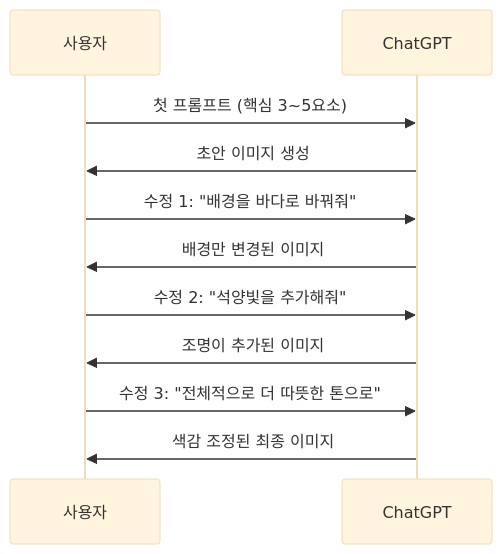
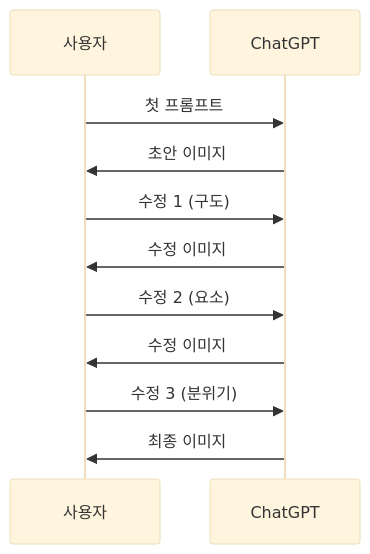
One commit to jsonpassion/forge-tutorial-promptcanvas changed the second of 4 diagrams in 03-ch3-chatgpt-이미지-생성-실전/02-02-대화형-이미지-생성-자연어로-그리기.md. Above: the diagram before and after it, drawn with Mermaid (base theme). The commit also changed other lines of this file and 63 other files, not shown here.

````diff
--- a/03-ch3-chatgpt-이미지-생성-실전/02-02-대화형-이미지-생성-자연어로-그리기.md
+++ b/03-ch3-chatgpt-이미지-생성-실전/02-02-대화형-이미지-생성-자연어로-그리기.md
@@ -80,14 +56,13 @@
 ```mermaid
 sequenceDiagram
     participant U as 사용자
     participant C as ChatGPT
-
-    U->>C: 첫 프롬프트 (핵심 3~5요소)
-    C->>U: 초안 이미지 생성
-    U->>C: 수정 1: "배경을 바다로 바꿔줘"
-    C->>U: 배경만 변경된 이미지
-    U->>C: 수정 2: "석양빛을 추가해줘"
-    C->>U: 조명이 추가된 이미지
-    U->>C: 수정 3: "전체적으로 더 따뜻한 톤으로"
-    C->>U: 색감 조정된 최종 이미지
+    U->>C: 첫 프롬프트
+    C->>U: 초안 이미지
+    U->>C: 수정 1 (구도)
+    C->>U: 수정 이미지
+    U->>C: 수정 2 (요소)
+    C->>U: 수정 이미지
+    U->>C: 수정 3 (분위기)
+    C->>U: 최종 이미지
 ```
````
